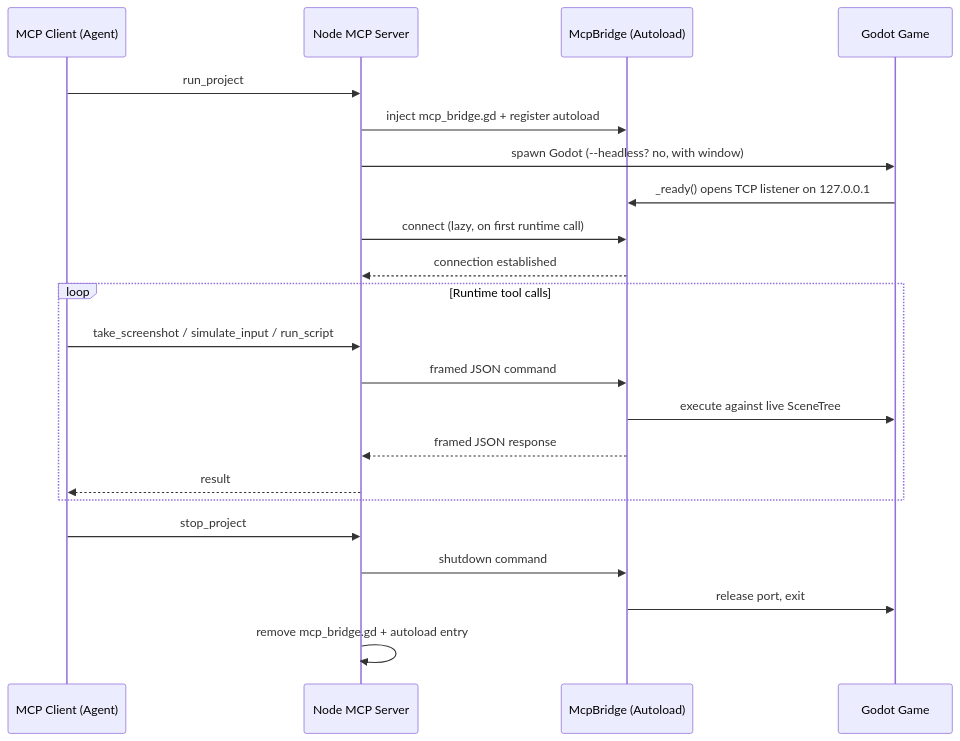
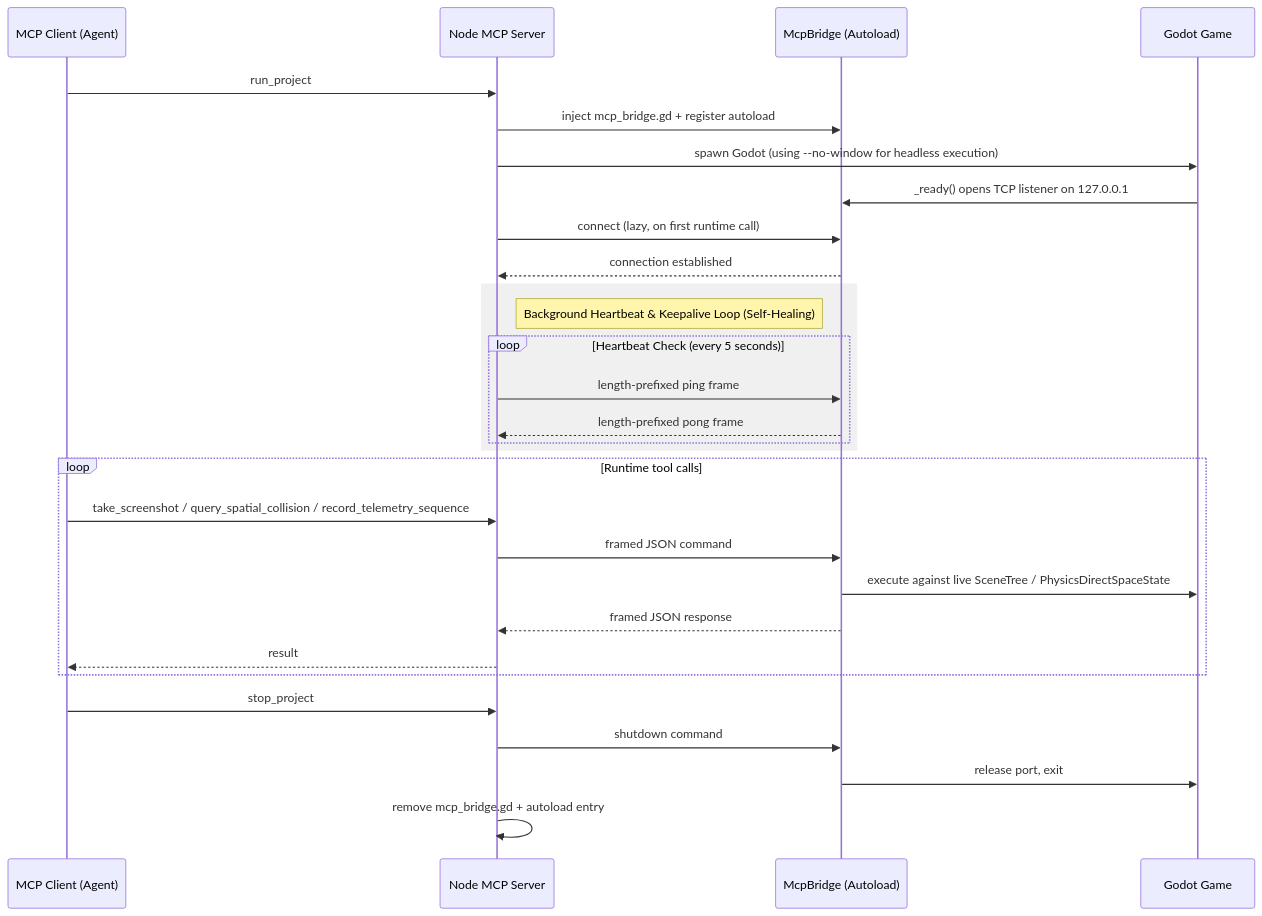
Before and after one commit to NguyenTruongAnLab/godot-mcp-runtime: the diagram in docs/architecture.md, drawn with Mermaid. The commit also changed other lines of this file and 70 other files, not shown here.

````diff
--- a/docs/architecture.md
+++ b/docs/architecture.md
@@ -30,27 +42,35 @@
 ```mermaid
 sequenceDiagram
     participant Agent as MCP Client (Agent)
     participant Node as Node MCP Server
     participant Bridge as McpBridge (Autoload)
     participant Game as Godot Game
 
     Agent->>Node: run_project
     Node->>Bridge: inject mcp_bridge.gd + register autoload
-    Node->>Game: spawn Godot (--headless? no, with window)
+    Node->>Game: spawn Godot (using --no-window for headless execution)
     Game->>Bridge: _ready() opens TCP listener on 127.0.0.1
     Node->>Bridge: connect (lazy, on first runtime call)
     Bridge-->>Node: connection established
 
+    rect rgb(240, 240, 240)
+        note right of Node: Background Heartbeat & Keepalive Loop (Self-Healing)
+        loop Heartbeat Check (every 5 seconds)
+            Node->>Bridge: length-prefixed ping frame
+            Bridge-->>Node: length-prefixed pong frame
+        end
+    end
+
     loop Runtime tool calls
-        Agent->>Node: take_screenshot / simulate_input / run_script
+        Agent->>Node: take_screenshot / query_spatial_collision / record_telemetry_sequence
         Node->>Bridge: framed JSON command
-        Bridge->>Game: execute against live SceneTree
+        Bridge->>Game: execute against live SceneTree / PhysicsDirectSpaceState
         Bridge-->>Node: framed JSON response
         Node-->>Agent: result
     end
 
     Agent->>Node: stop_project
     Node->>Bridge: shutdown command
     Bridge->>Game: release port, exit
     Node->>Node: remove mcp_bridge.gd + autoload entry
 ```
````
